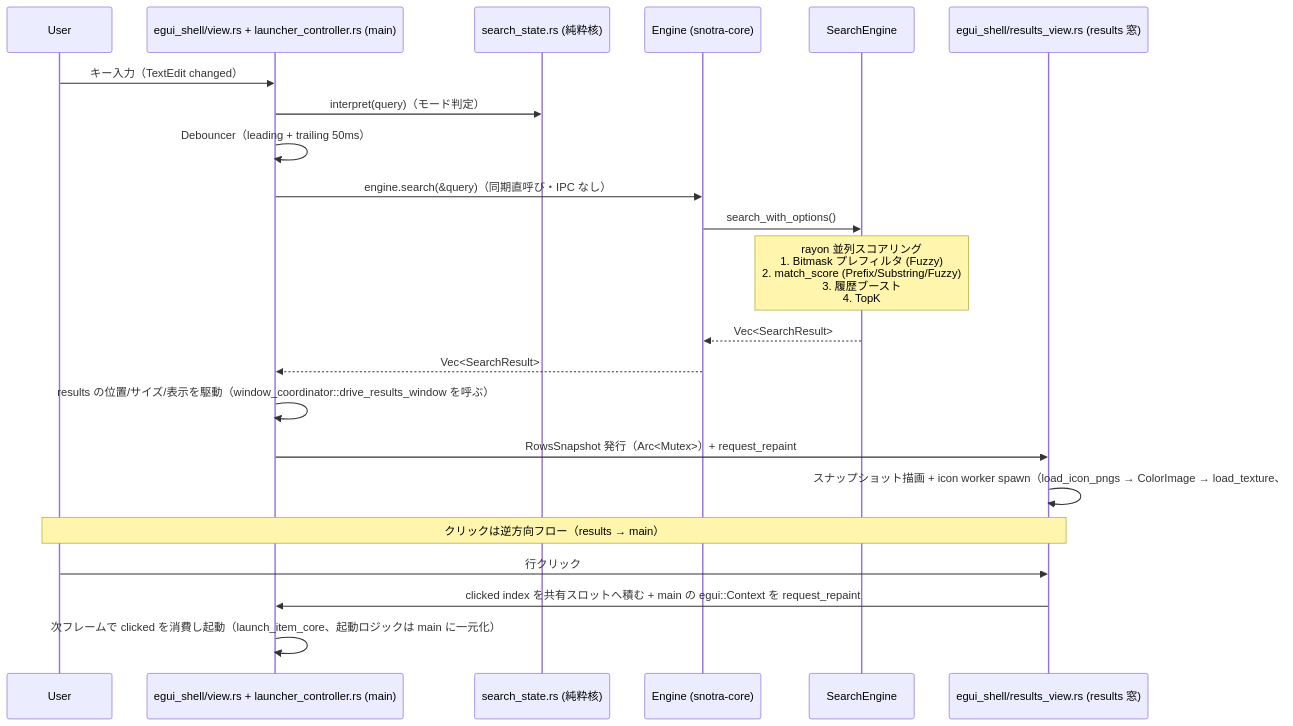
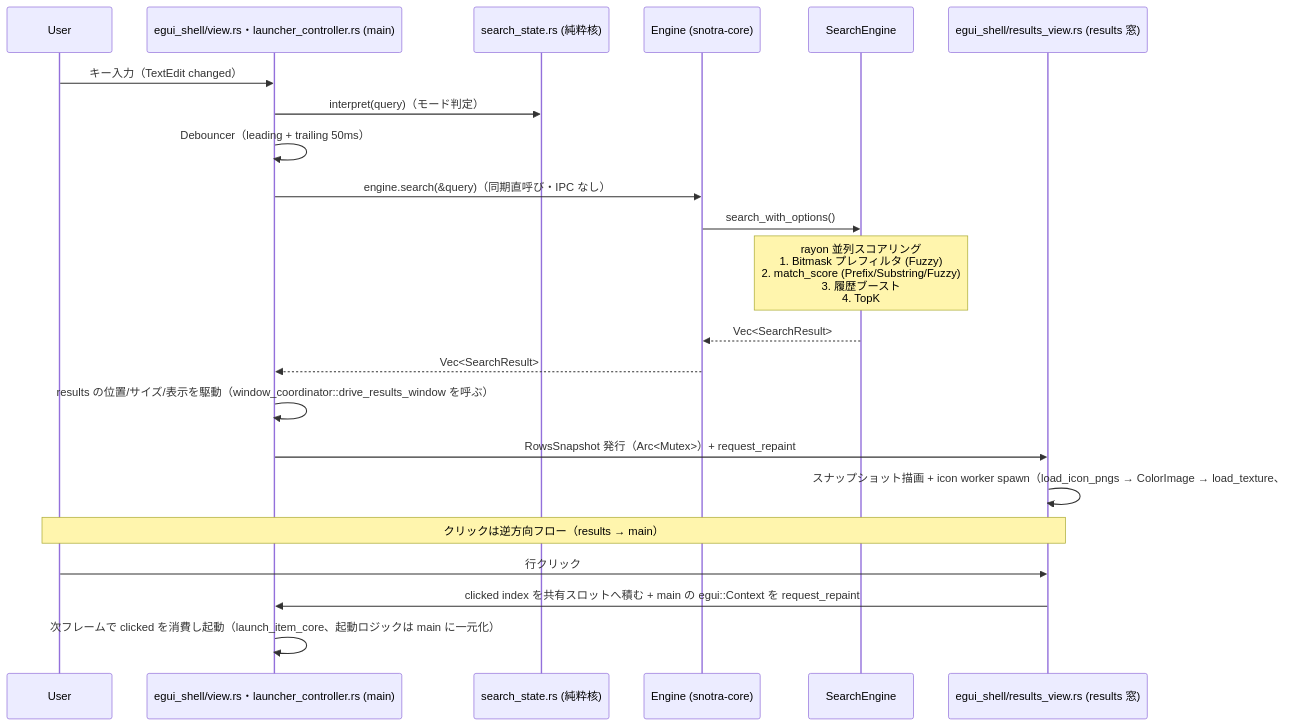
Before and after one commit to finelagusaz/Snotra: the diagram in docs/architecture.md, drawn with Mermaid.

Commit message:
fixup(docs): mermaid participant のセパレータを実証済みの文字へ倒す (#666)
architecture.md L156 の participant ラベルで 2 モジュールを繋ぐのに `+` を
使っていたが、mermaid の participant alias で `+` が通ることを実測できない
——ローカルに mermaid レンダラが無く、governance:check は fence の中を読まない。

この図で既に実証されている文字クラス（`/` は `egui_shell/view.rs`、全角括弧と
日本語は `(純粋核)` / `(results 窓)`）に倒し、`・` へ変更する。

壊れても CI が黙るフェンス内で、未実証の文字に賭けない。

````diff
--- a/docs/architecture.md
+++ b/docs/architecture.md
@@ -153,28 +153,28 @@
 ```mermaid
 sequenceDiagram
     participant User
-    participant View as egui_shell/view.rs + launcher_controller.rs (main)
+    participant View as egui_shell/view.rs・launcher_controller.rs (main)
     participant State as search_state.rs (純粋核)
     participant Eng as Engine (snotra-core)
     participant SE as SearchEngine
     participant Results as egui_shell/results_view.rs (results 窓)
 
     User->>View: キー入力（TextEdit changed）
     View->>State: interpret(query)（モード判定）
     View->>View: Debouncer（leading + trailing 50ms）
     View->>Eng: engine.search(&query)（同期直呼び・IPC なし）
     Eng->>SE: search_with_options()
 
     Note over SE: rayon 並列スコアリング<br/>1. Bitmask プレフィルタ (Fuzzy)<br/>2. match_score (Prefix/Substring/Fuzzy)<br/>3. 履歴ブースト<br/>4. TopK
 
     SE-->>Eng: Vec<SearchResult>
     Eng-->>View: Vec<SearchResult>
     View->>View: results の位置/サイズ/表示を駆動（window_coordinator::drive_results_window を呼ぶ）
     View->>Results: RowsSnapshot 発行（Arc<Mutex>）+ request_repaint
     Results->>Results: スナップショット描画 + icon worker spawn（load_icon_pngs → ColorImage → load_texture、#646 PR2 で view.rs から移管）
 
     Note over User,Results: クリックは逆方向フロー（results → main）
     User->>Results: 行クリック
     Results->>View: clicked index を共有スロットへ積む + main の egui::Context を request_repaint
     View->>View: 次フレームで clicked を消費し起動（launch_item_core、起動ロジックは main に一元化）
 ```
````
